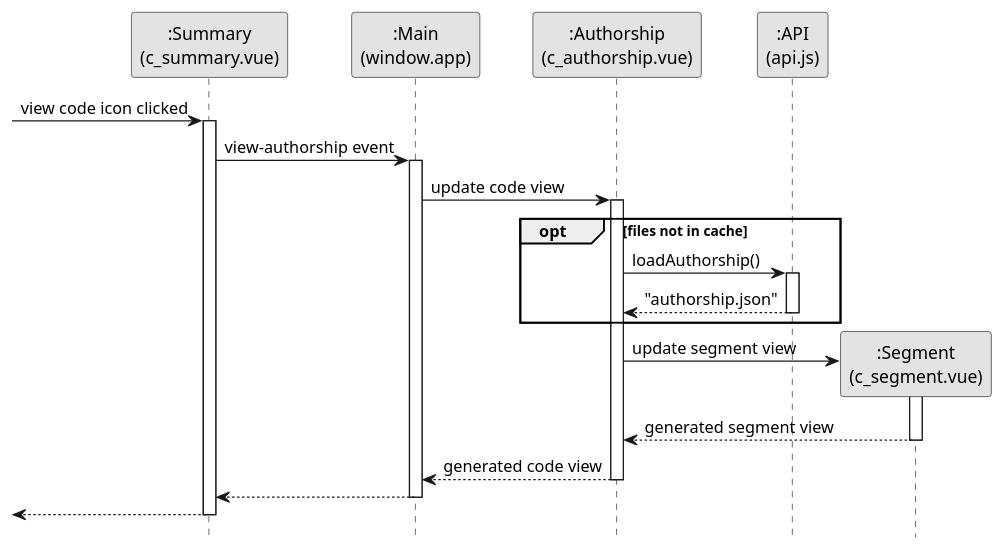
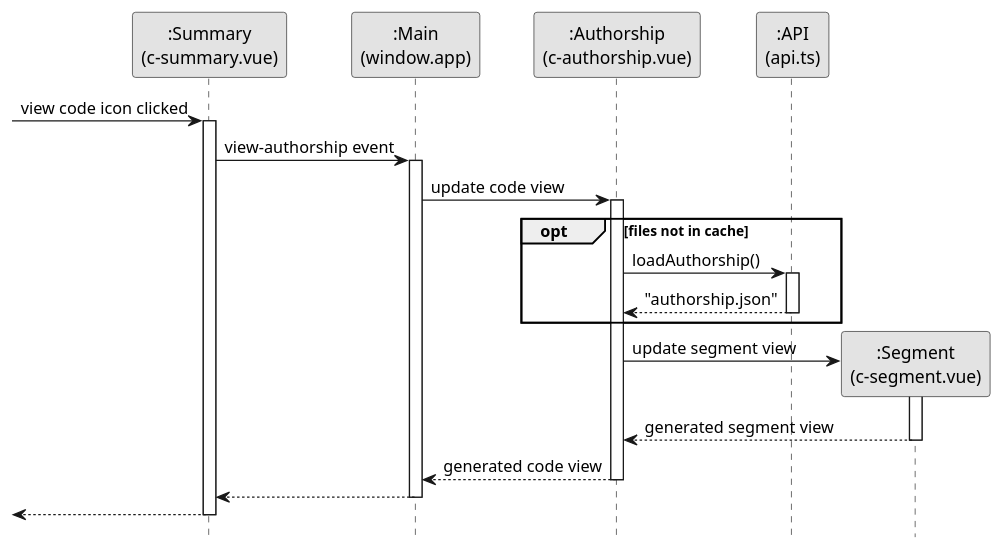
The diagram in docs/diagrams/ReportArchitectureAuthorship.puml (reposense/RepoSense), drawn with PlantUML before and after one commit. The commit also changed 3 other files, not shown here.

Commit message:
Update file names in .puml diagrams

```diff
--- a/docs/diagrams/ReportArchitectureAuthorship.puml
+++ b/docs/diagrams/ReportArchitectureAuthorship.puml
@@ -1,46 +1,46 @@
 @startuml
 hide footbox
 skinparam monochrome true
 skinparam Shadowing false
 
-Participant ":Summary\n(c_summary.vue)" as summary
+Participant ":Summary\n(c-summary.vue)" as summary
 Participant ":Main\n(window.app)" as main
-Participant ":Authorship\n(c_authorship.vue)" as authorship
-Participant ":API\n(api.js)" as api
-Participant ":Segment\n(c_segment.vue)" as segment
+Participant ":Authorship\n(c-authorship.vue)" as authorship
+Participant ":API\n(api.ts)" as api
+Participant ":Segment\n(c-segment.vue)" as segment
 
 -> summary : view code icon clicked
 activate summary
 
 summary -> main : view-authorship event
 activate main
 
 main -> authorship : update code view
 activate authorship
 
 opt files not in cache
 
 authorship -> api : loadAuthorship()
 activate api
 
 api --> authorship: "authorship.json"
 deactivate api
 
 end
 
 create segment
 authorship -> segment : update segment view
 activate segment
 
 segment --> authorship : generated segment view
 deactivate segment
 
 authorship --> main : generated code view
 deactivate authorship
 
 main --> summary
 deactivate main
 
 <-- summary
 deactivate summary
 @enduml
```
